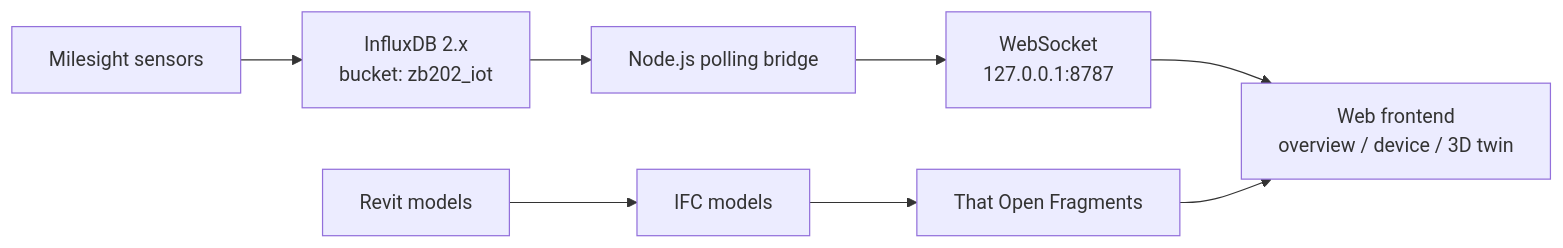
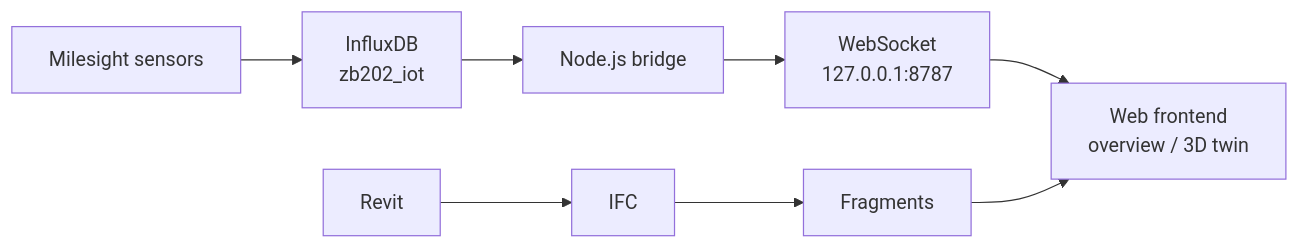
Before and after one commit to LYUml/ZB202_DT: the diagram in README.en.md, drawn with Mermaid. The commit also changed other lines of this file and 1 other file, not shown here.

````diff
--- a/README.en.md
+++ b/README.en.md
@@ -13,11 +9,11 @@
 ```mermaid
 flowchart LR
-  SENSOR["Milesight sensors"] --> INFLUX["InfluxDB 2.x<br/>bucket: zb202_iot"]
-  INFLUX --> BRIDGE["Node.js polling bridge"]
+  SENSOR["Milesight sensors"] --> DB["InfluxDB<br/>zb202_iot"]
+  DB --> BRIDGE["Node.js bridge"]
   BRIDGE --> WS["WebSocket<br/>127.0.0.1:8787"]
-  WS --> UI["Web frontend<br/>overview / device / 3D twin"]
+  WS --> WEB["Web frontend<br/>overview / 3D twin"]
 
-  RVT["Revit models"] --> IFC["IFC models"]
-  IFC --> FRAG["That Open Fragments"]
-  FRAG --> UI
+  RVT["Revit"] --> IFC["IFC"]
+  IFC --> FRAG["Fragments"]
+  FRAG --> WEB
 ```
````
